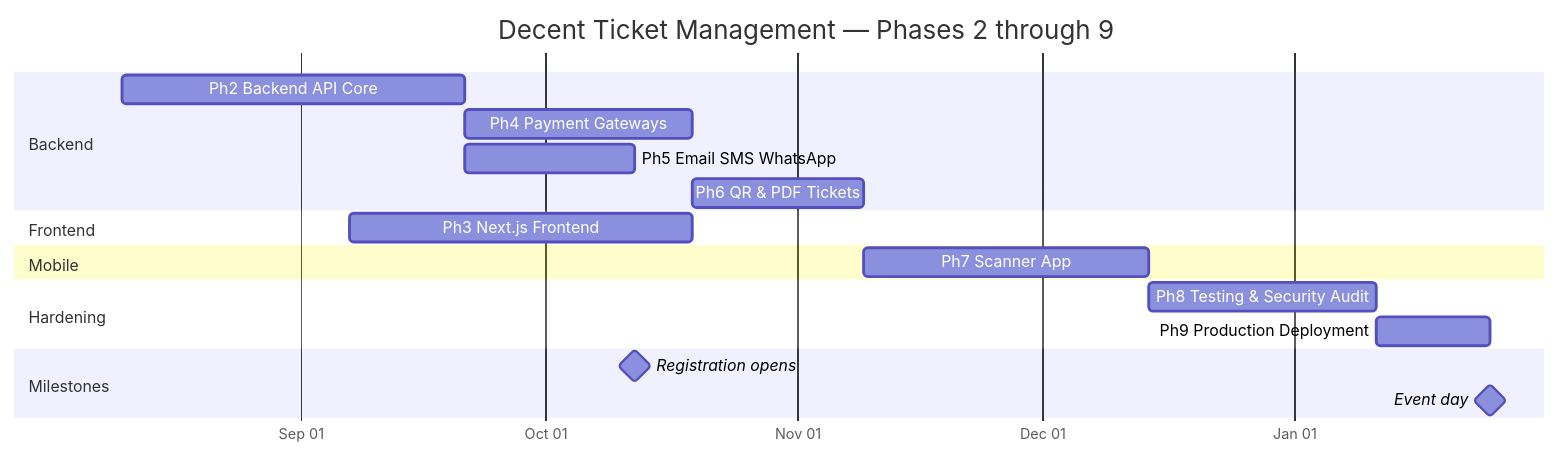
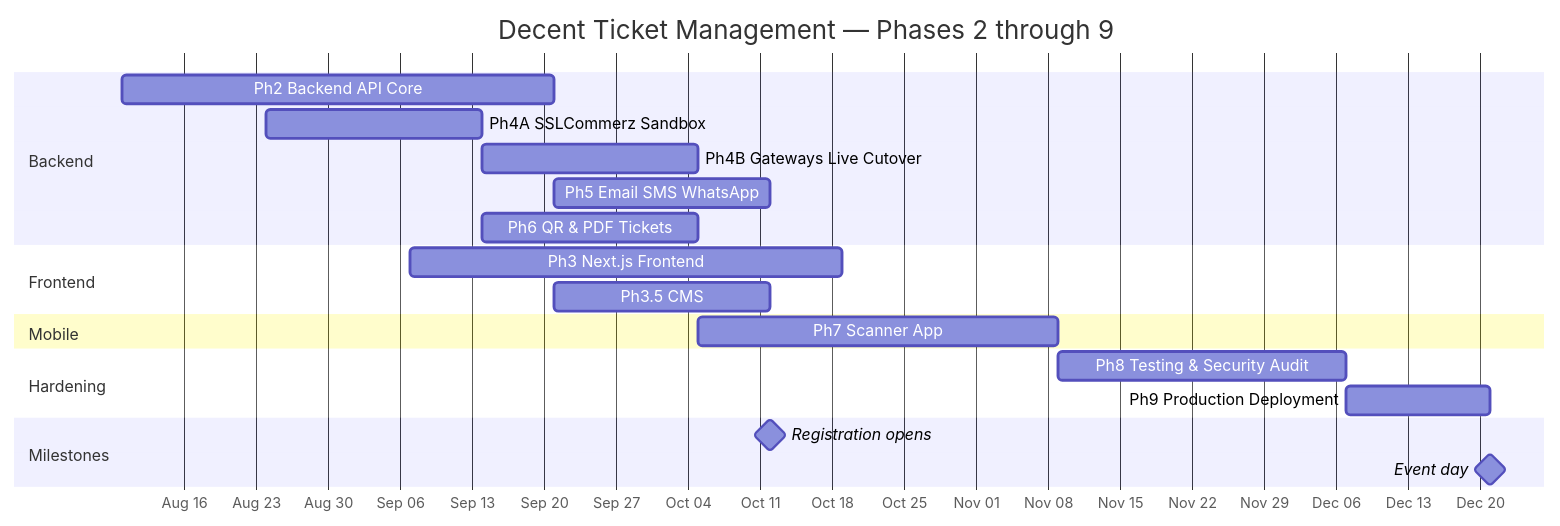
Before and after one commit to mominuldev/decent-event-management: the first of 2 diagrams in docs/08-development-roadmap.md, drawn with Mermaid. The commit also changed other lines of this file and 1 other file, not shown here.

First line of the commit message:
Record Phase 2 review findings and revise roadmap

````diff
--- a/docs/08-development-roadmap.md
+++ b/docs/08-development-roadmap.md
@@ -13,26 +13,28 @@
 ```mermaid
 gantt
     title Decent Ticket Management — Phases 2 through 9
     dateFormat YYYY-MM-DD
     axisFormat %b %d
 
     section Backend
     Ph2 Backend API Core           :p2, 2026-08-10, 42d
-    Ph4 Payment Gateways           :p4, after p2, 28d
+    Ph4A SSLCommerz Sandbox        :p4a, 2026-08-24, 21d
+    Ph4B Gateways Live Cutover     :p4b, after p4a, 21d
     Ph5 Email SMS WhatsApp         :p5, after p2, 21d
-    Ph6 QR & PDF Tickets           :p6, after p4, 21d
+    Ph6 QR & PDF Tickets           :p6, after p4a, 21d
 
     section Frontend
     Ph3 Next.js Frontend           :p3, 2026-09-07, 42d
+    Ph3.5 CMS                      :p35, 2026-09-21, 21d
 
     section Mobile
     Ph7 Scanner App                :p7, after p6, 35d
 
     section Hardening
     Ph8 Testing & Security Audit   :p8, after p7, 28d
     Ph9 Production Deployment      :p9, after p8, 14d
 
     section Milestones
     Registration opens             :milestone, m1, after p5, 0d
     Event day                      :milestone, m2, after p9, 0d
 ```
````
